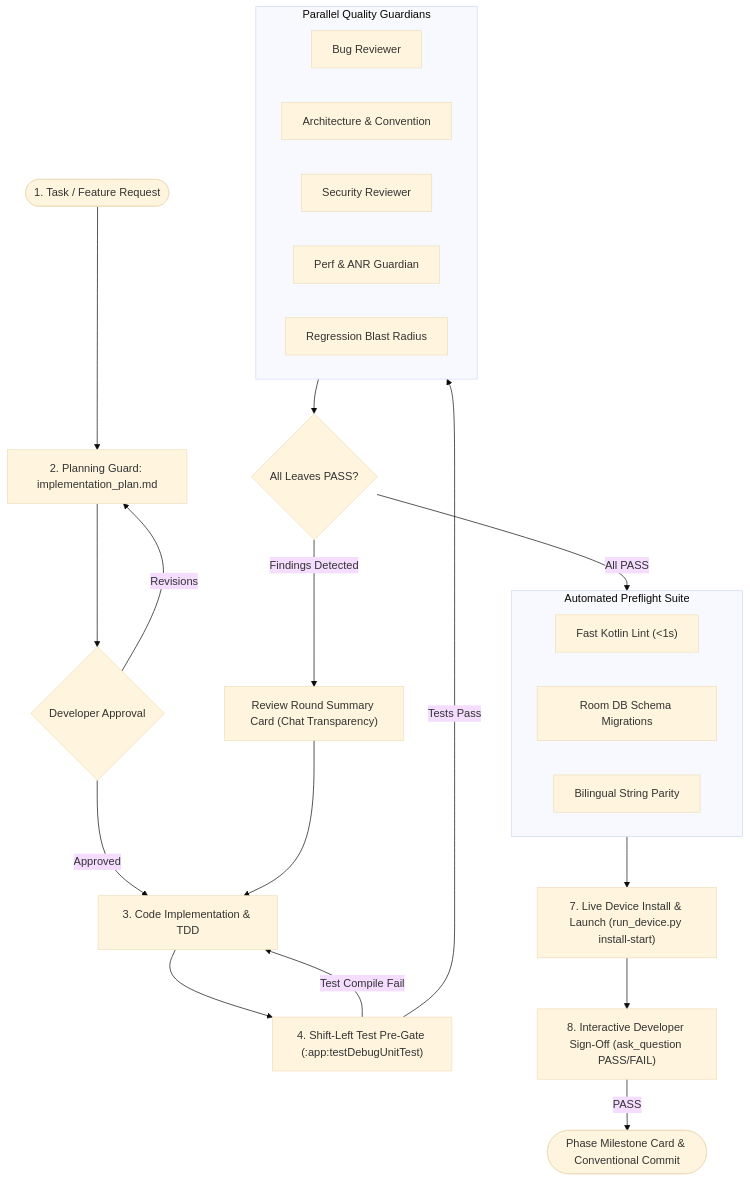
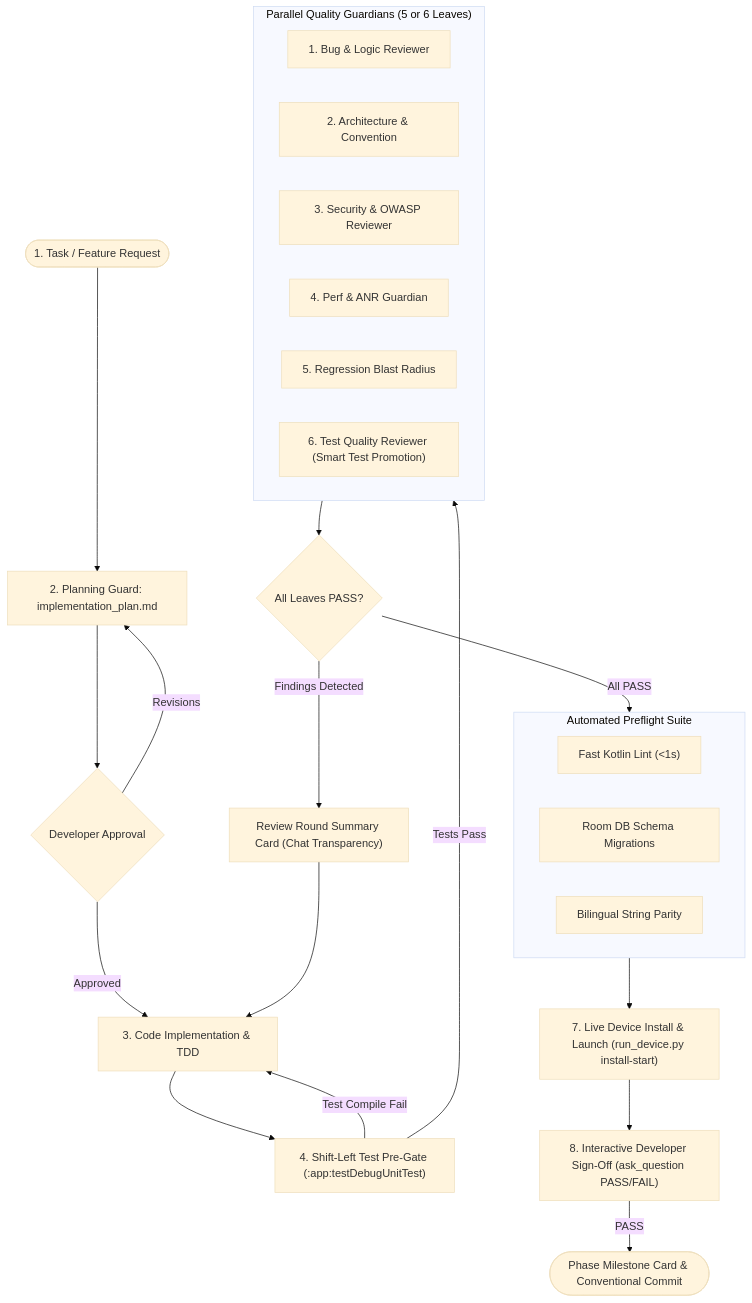
Before and after one commit to rabee-elkholy/android-agent-harness: the second of 2 diagrams in docs/architecture.md, drawn with Mermaid (base theme). The commit also changed other lines of this file and 3 other files, not shown here.

````diff
--- a/docs/architecture.md
+++ b/docs/architecture.md
@@ -61,34 +61,35 @@
 ```mermaid
 flowchart TD
     Start(["1. Task / Feature Request"]) --> Plan["2. Planning Guard: implementation_plan.md"]
     Plan --> Approval{"Developer Approval"}
     Approval -- Revisions --> Plan
     Approval -- Approved --> Code["3. Code Implementation & TDD"]
 
     Code --> PreTest["4. Shift-Left Test Pre-Gate (:app:testDebugUnitTest)"]
     PreTest -- Test Compile Fail --> Code
     PreTest -- Tests Pass --> ReviewGate["5. Parallel Review Gate (Single Invoke)"]
     
-    subgraph ReviewGate ["Parallel Quality Guardians"]
-        R1["Bug Reviewer"]
-        R2["Architecture & Convention"]
-        R3["Security Reviewer"]
-        R4["Perf & ANR Guardian"]
-        R5["Regression Blast Radius"]
+    subgraph ReviewGate ["Parallel Quality Guardians (5 or 6 Leaves)"]
+        R1["1. Bug & Logic Reviewer"]
+        R2["2. Architecture & Convention"]
+        R3["3. Security & OWASP Reviewer"]
+        R4["4. Perf & ANR Guardian"]
+        R5["5. Regression Blast Radius"]
+        R6["6. Test Quality Reviewer (Smart Test Promotion)"]
     end
 
     ReviewGate --> Verdict{"All Leaves PASS?"}
     Verdict -- Findings Detected --> Card["Review Round Summary Card (Chat Transparency)"]
     Card --> Code
     Verdict -- All PASS --> Preflight["6. Preflight Gate & :app:assembleDebug"]
 
     subgraph Preflight ["Automated Preflight Suite"]
         P1["Fast Kotlin Lint (<1s)"]
         P2["Room DB Schema Migrations"]
         P3["Bilingual String Parity"]
     end
 
     Preflight --> Device["7. Live Device Install & Launch (run_device.py install-start)"]
     Device --> ManualModal["8. Interactive Developer Sign-Off (ask_question PASS/FAIL)"]
     ManualModal -- PASS --> NextPhase(["Phase Milestone Card & Conventional Commit"])
 ```
````
